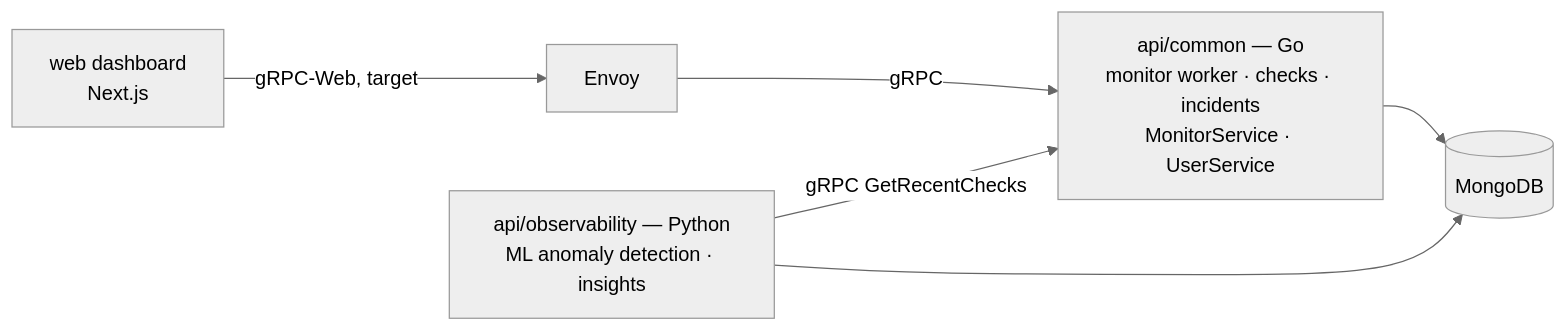
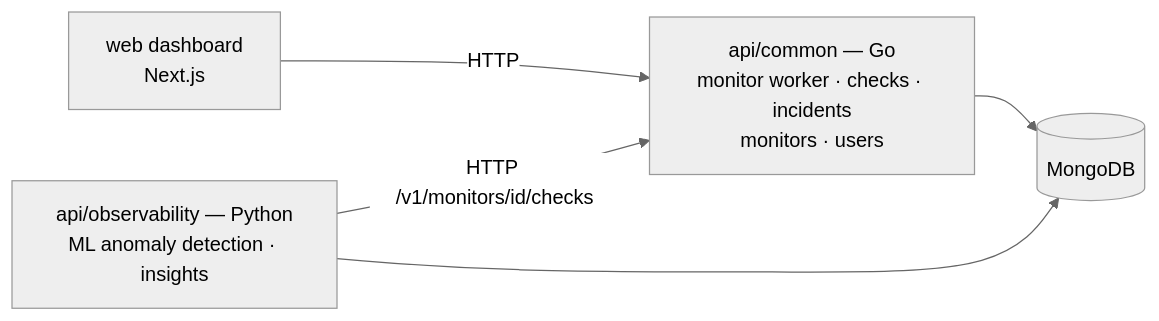
Before and after one commit to cuesoftinc/upstat: the diagram in README.md, drawn with Mermaid (neutral theme). The commit also changed other lines of this file and 77 other files, not shown here.

Commit message:
refactor: replace product gRPC with HTTP and remove Envoy (#285)

````diff
--- a/README.md
+++ b/README.md
@@ -28,8 +26,7 @@
 ```mermaid
 flowchart LR
-    WEB[web dashboard<br/>Next.js] -->|gRPC-Web, target| ENV[Envoy]
-    ENV -->|gRPC| AC[api/common — Go<br/>monitor worker · checks · incidents<br/>MonitorService · UserService]
-    OBS[api/observability — Python<br/>ML anomaly detection · insights] -->|gRPC GetRecentChecks| AC
+    WEB[web dashboard<br/>Next.js] -->|HTTP| AC[api/common — Go<br/>monitor worker · checks · incidents<br/>monitors · users]
+    OBS[api/observability — Python<br/>ML anomaly detection · insights] -->|HTTP /v1/monitors/id/checks| AC
     AC --> MG[(MongoDB)]
     OBS --> MG
 ```
````
